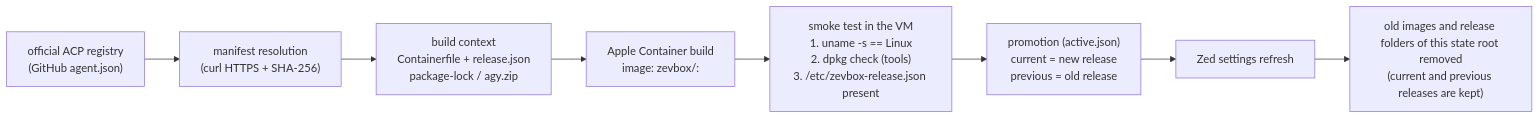
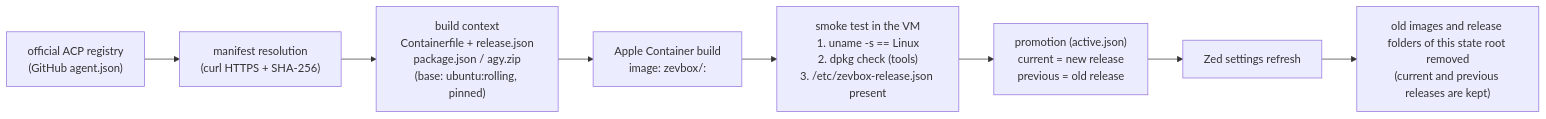
The sixth of 8 diagrams in docs/ARCHITECTURE.md (brainztorm/zevbox), drawn with Mermaid before and after one commit. The commit also changed other lines of this file and 12 other files, not shown here.

Commit message:
images: current Ubuntu base (ubuntu:rolling pinned at each update) with Node, Python and build tools

````diff
--- a/docs/ARCHITECTURE.md
+++ b/docs/ARCHITECTURE.md
@@ -260,10 +260,10 @@
 ```mermaid
 flowchart LR
     Registry["official ACP registry\n(GitHub agent.json)"] --> Fetch["manifest resolution\n(curl HTTPS + SHA-256)"]
-    Fetch --> Prepare["build context\nContainerfile + release.json\npackage-lock / agy.zip"]
+    Fetch --> Prepare["build context\nContainerfile + release.json\npackage.json / agy.zip\n(base: ubuntu:rolling, pinned)"]
     Prepare --> Build["Apple Container build\nimage: zevbox/<agent>:<id>"]
     Build --> Smoke["smoke test in the VM\n1. uname -s == Linux\n2. dpkg check (tools)\n3. /etc/zevbox-release.json present"]
     Smoke --> Promote["promotion (active.json)\ncurrent = new release\nprevious = old release"]
     Promote --> ZedSync["Zed settings refresh"]
     ZedSync --> Prune["old images and release folders of this state root removed\n(current and previous releases are kept)"]
 ```
````
